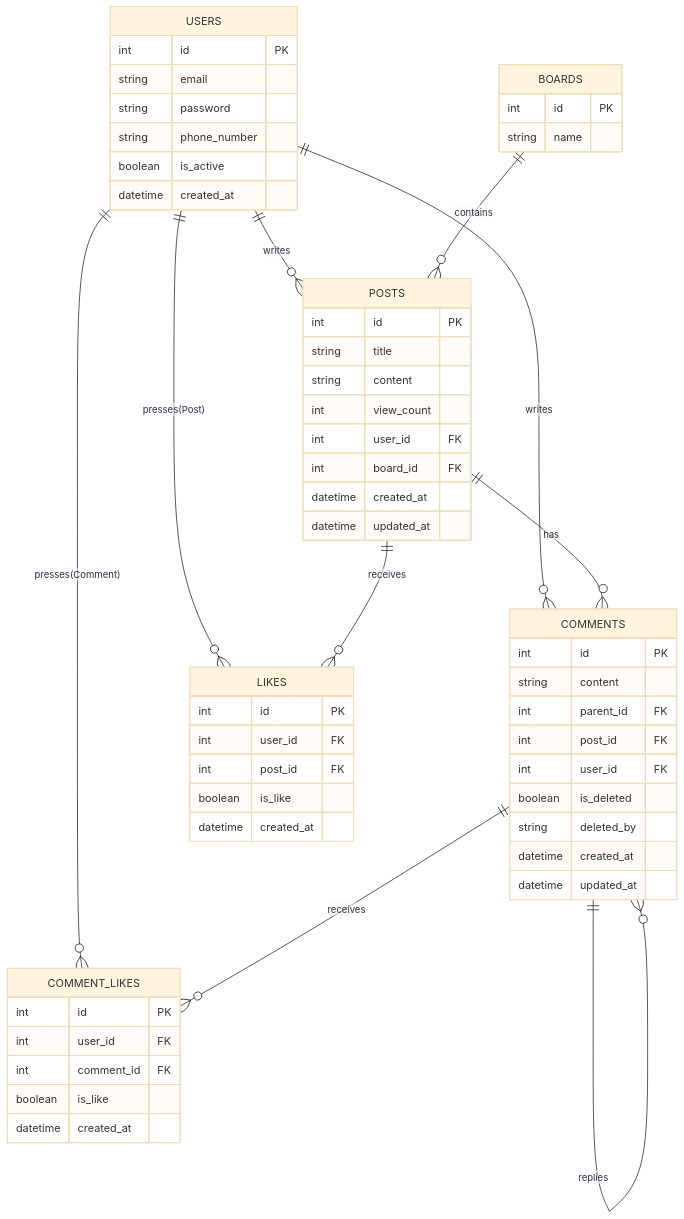
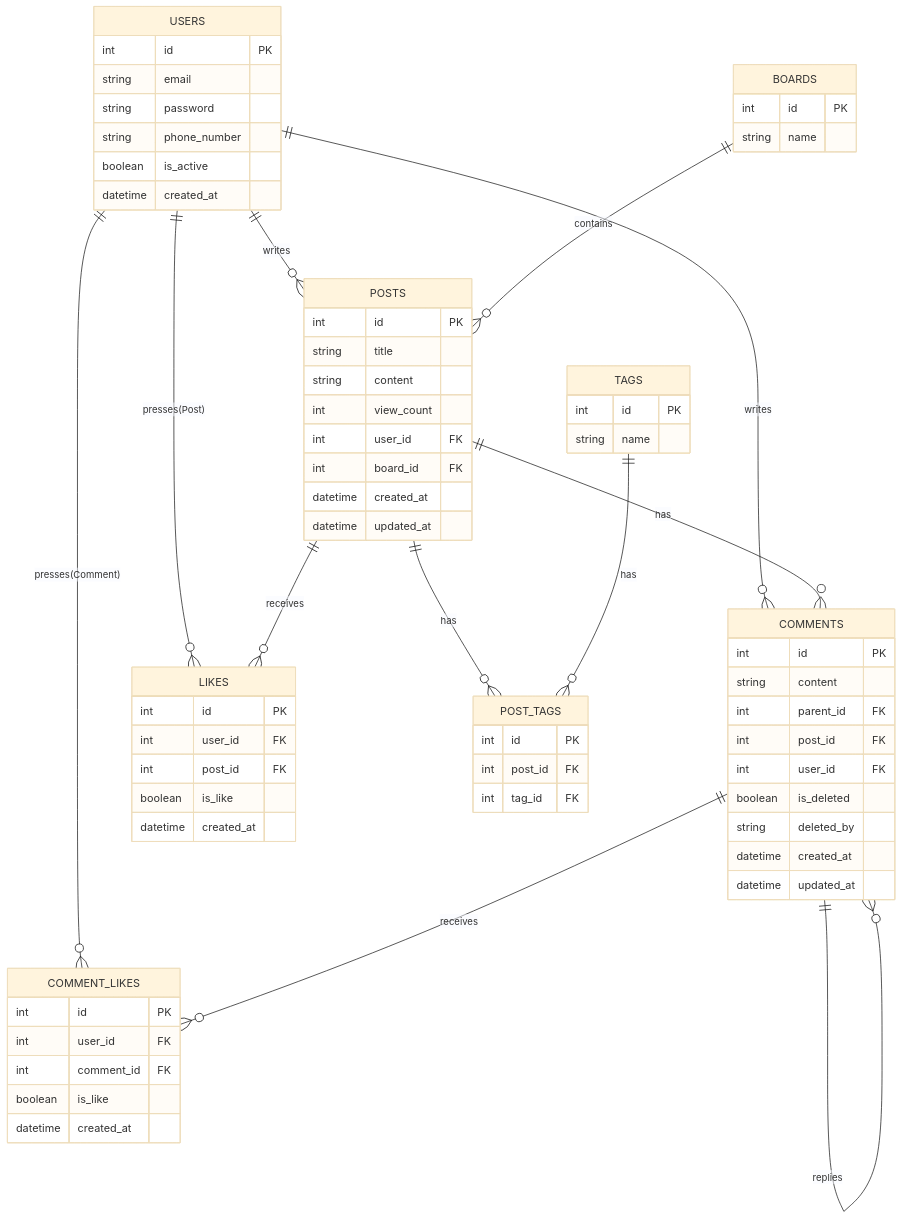
Before and after one commit to jmh0856-boop/team-board-api: the diagram in README.md, drawn with Mermaid (base theme). The commit also changed other lines of this file, not shown here.

Commit message:
docs: 태그 및 요구사항, ERD, 테이블 정의서 추가

````diff
--- a/README.md
+++ b/README.md
@@ -79,65 +97,78 @@
 ```mermaid
 erDiagram
     USERS ||--o{ POSTS : writes
     USERS ||--o{ COMMENTS : writes
     USERS ||--o{ LIKES : "presses(Post)"
     USERS ||--o{ COMMENT_LIKES : "presses(Comment)"
     POSTS ||--o{ COMMENTS : has
     POSTS ||--o{ LIKES : "receives"
     BOARDS ||--o{ POSTS : contains
     COMMENTS ||--o{ COMMENTS : replies
     COMMENTS ||--o{ COMMENT_LIKES : "receives"
+    POSTS ||--o{ POST_TAGS : has
+    TAGS ||--o{ POST_TAGS : has
 
     USERS {
         int id PK
         string email
         string password
         string phone_number
         boolean is_active
         datetime created_at
     }
 
     BOARDS {
         int id PK
         string name
     }
 
     POSTS {
         int id PK
         string title
         string content
         int view_count
         int user_id FK
         int board_id FK
         datetime created_at
         datetime updated_at
     }
 
     LIKES {
         int id PK
         int user_id FK
         int post_id FK
         boolean is_like
         datetime created_at
     }
 
     COMMENT_LIKES {
         int id PK
         int user_id FK
         int comment_id FK
         boolean is_like
         datetime created_at
     }
 
     COMMENTS {
         int id PK
         string content
         int parent_id FK
         int post_id FK
         int user_id FK
         boolean is_deleted
         string deleted_by
         datetime created_at
         datetime updated_at
     }
+
+    TAGS {
+        int id PK
+        string name
+    }
+
+    POST_TAGS {
+        int id PK
+        int post_id FK
+        int tag_id FK
+    }
 ```
````
